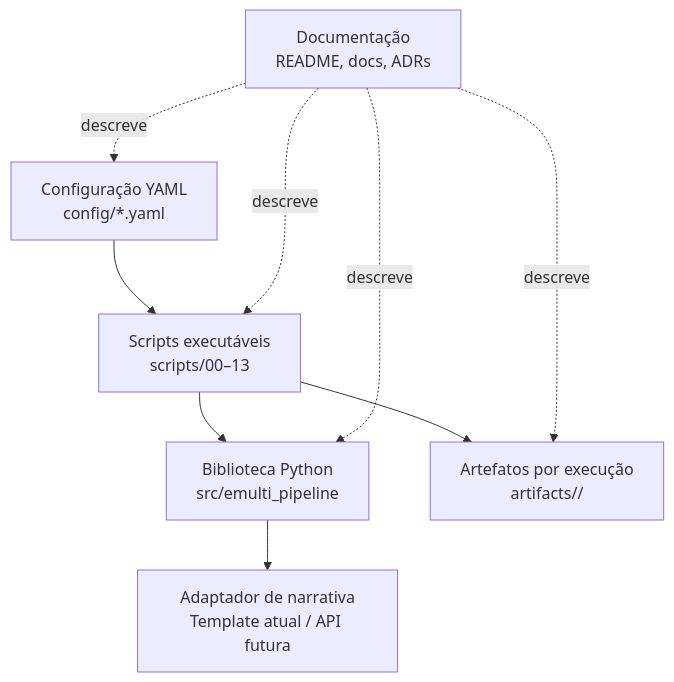
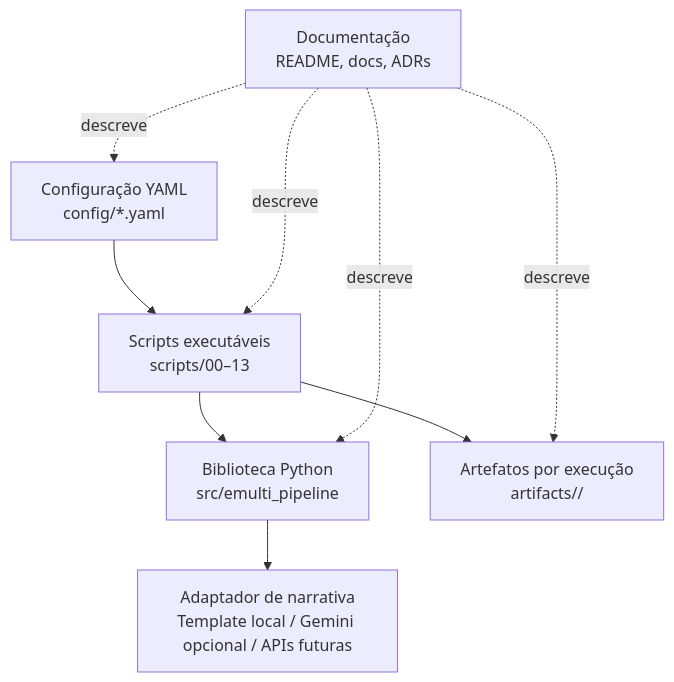
Before and after one commit to pauloregisms/pipeline_priorizacao_emulti: the diagram in docs/architecture/c4-conteineres.md, drawn with Mermaid. The commit also changed other lines of this file and 64 other files, not shown here.

````diff
--- a/docs/architecture/c4-conteineres.md
+++ b/docs/architecture/c4-conteineres.md
@@ -5,18 +5,18 @@
 ```mermaid
 flowchart TB
     YAML["Configuração YAML\nconfig/*.yaml"]
     SCRIPTS["Scripts executáveis\nscripts/00–13"]
     CORE["Biblioteca Python\nsrc/emulti_pipeline"]
     ART["Artefatos por execução\nartifacts/<run_id>/"]
     DOCS["Documentação\nREADME, docs, ADRs"]
-    LLM["Adaptador de narrativa\nTemplate atual / API futura"]
+    LLM["Adaptador de narrativa\nTemplate local / Gemini opcional / APIs futuras"]
 
     YAML --> SCRIPTS
     SCRIPTS --> CORE
     CORE --> LLM
     SCRIPTS --> ART
     DOCS -.descreve.-> YAML
     DOCS -.descreve.-> SCRIPTS
     DOCS -.descreve.-> CORE
     DOCS -.descreve.-> ART
 ```
````
